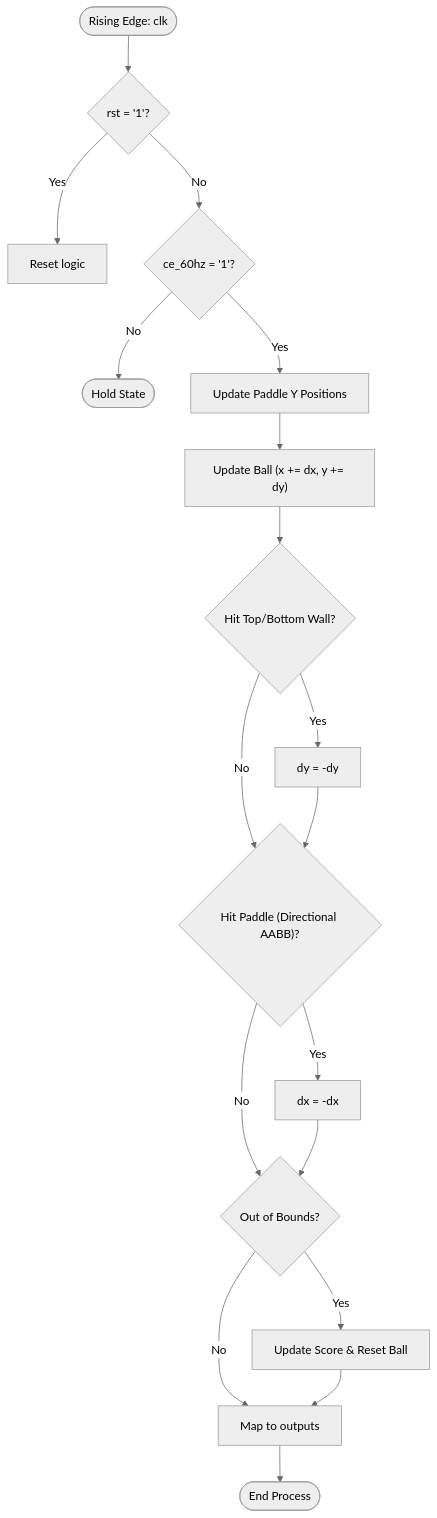
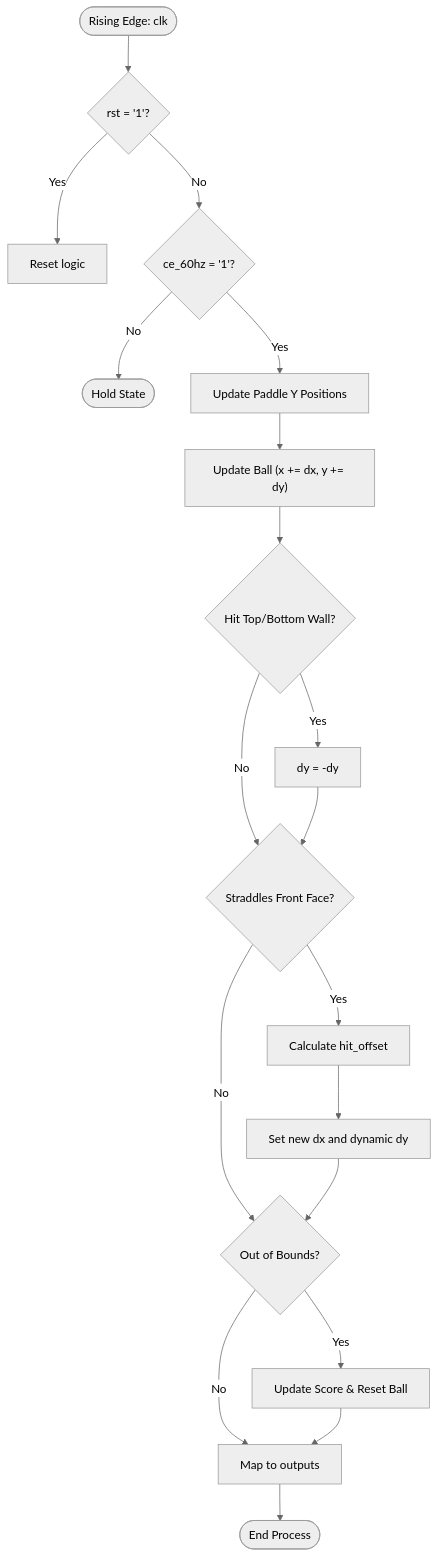
The diagram in .github/PONG_PHYSICS.md (Tomer27cz/vga_vhdl), drawn with Mermaid (neutral theme) before and after one commit. The commit also changed other lines of this file and 1 other file, not shown here.

````diff
--- a/.github/PONG_PHYSICS.md
+++ b/.github/PONG_PHYSICS.md
@@ -51,28 +52,29 @@
 ```mermaid
 flowchart TD
     START([Rising Edge: clk]) --> RST{"rst = '1'?"}
     RST -- Yes --> RESET_STATE["Reset logic"]
     RST -- No --> CE{"ce_60hz = '1'?"}
     
     CE -- No --> IDLE([Hold State])
     CE -- Yes --> PADDLES["Update Paddle Y Positions"]
     
     PADDLES --> BALL["Update Ball (x += dx, y += dy)"]
     
     BALL --> WALL_COL{"Hit Top/Bottom Wall?"}
     WALL_COL -- Yes --> REV_DY["dy = -dy"]
     WALL_COL -- No --> PAD_COL
     REV_DY --> PAD_COL
     
-    PAD_COL{"Hit Paddle (Directional AABB)?"}
-    PAD_COL -- Yes --> REV_DX["dx = -dx"]
+    PAD_COL{"Straddles Front Face?"}
+    PAD_COL -- Yes --> CALC_OFFSET["Calculate hit_offset"]
+    CALC_OFFSET --> DYN_REBOUND["Set new dx and dynamic dy"]
     PAD_COL -- No --> OOB
-    REV_DX --> OOB
+    DYN_REBOUND --> OOB
     
     OOB{"Out of Bounds?"}
     OOB -- Yes --> SCORE["Update Score & Reset Ball"]
     OOB -- No --> OUT_MAP
     SCORE --> OUT_MAP
     
     OUT_MAP["Map to outputs"] --> END([End Process])
 ```
````
